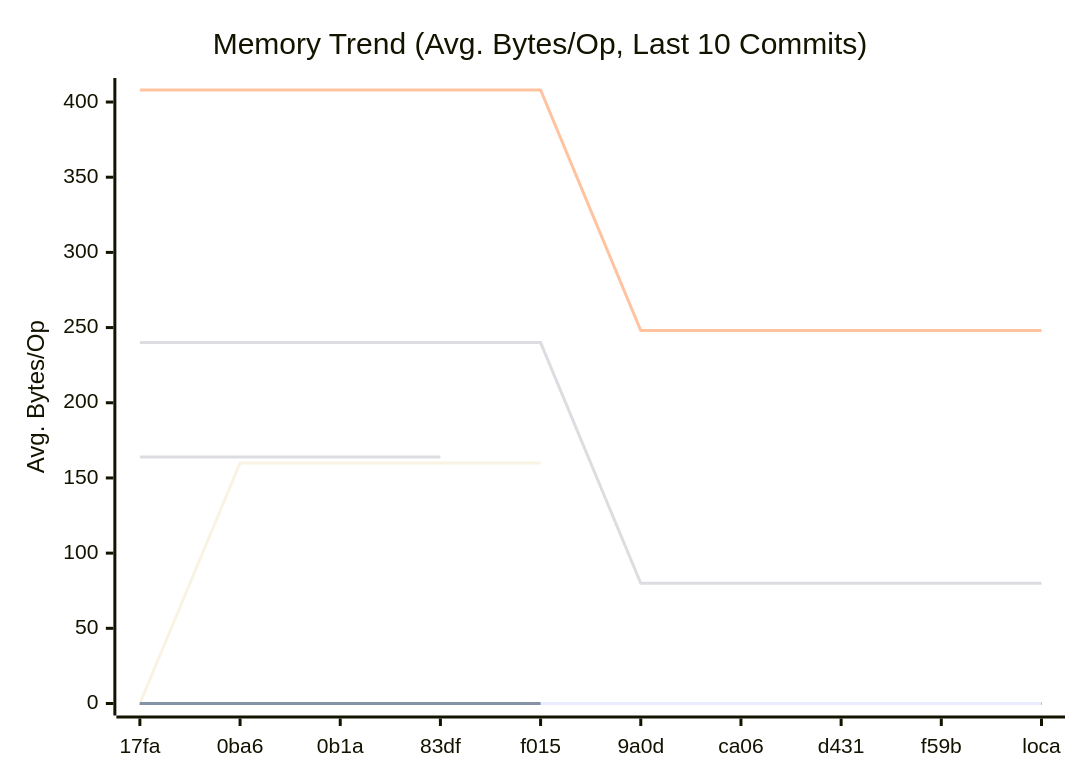
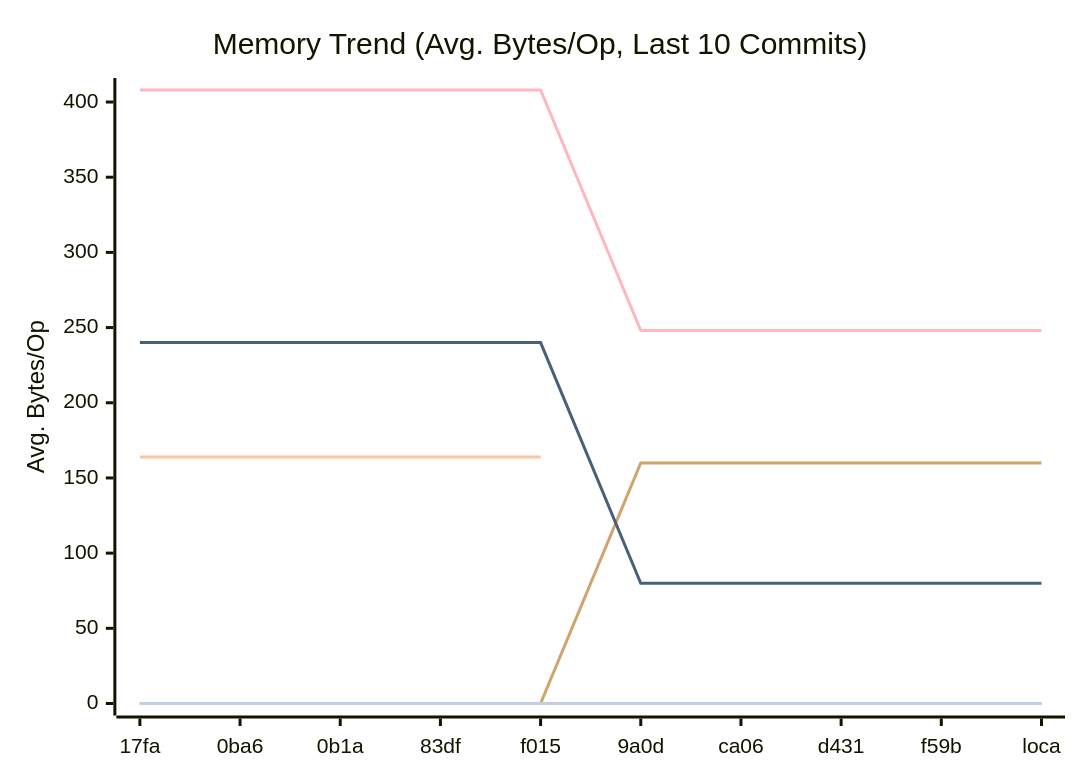
The second of 3 diagrams in docs/PERFORMANCE.md (alsotoes/momo), drawn with Mermaid before and after one commit. The commit also changed other lines of this file and 2 other files, not shown here.

````diff
--- a/docs/PERFORMANCE.md
+++ b/docs/PERFORMANCE.md
@@ -100,21 +95,16 @@
 ```mermaid
 xychart-beta
     title "Memory Trend (Avg. Bytes/Op, Last 10 Commits)"
     x-axis "Commit"
     y-axis "Avg. Bytes/Op"
     x-axis [17fa,0ba6,0b1a,83df,f015,9a0d,ca06,d431,f59b,loca]
     line "CheckMetricsAndSwap" [0,0,0,0,0,0,0,0,0,0]
-    line "CheckMetricsAndSwap" [0,0,0,0,0]
-    line "CrushOptimized" [0,0,0,0]
-    line "CrushOriginal" [164,164,164,164]
+    line "CrushOptimized" [0,0,0,0,0]
+    line "CrushOriginal" [164,164,164,164,164]
     line "IndexDirectTracking" [0,0,0,0,0,0,0,0,0,0]
-    line "IndexDirectTracking" [0,0,0,0,0]
     line "IndexSearch" [0,0,0,0,0,0,0,0,0,0]
-    line "IndexSearch" [0,0,0,0,0]
-    line "LoadGlobalConfig" [0,0,0,0,0,0,0,0,0,0]
-    line "LoadGlobalConfig" [0,160,160,160,160]
+    line "LoadGlobalConfig" [0,0,0,0,0,160,160,160,160,160]
     line "PadString" [0,0,0,0,0,0,0,0,0,0]
-    line "PadString" [0,0,0,0,0]
     line "ParseReplicationOrder_NoPrealloc" [408,408,408,408,408,248,248,248,248,248]
     line "ParseReplicationOrder_Prealloc" [240,240,240,240,240,80,80,80,80,80]
 ```
````
